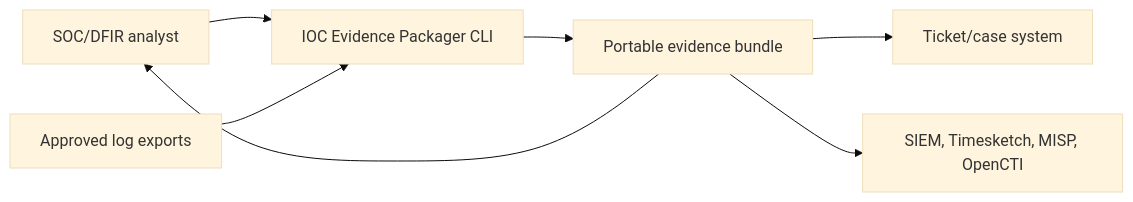
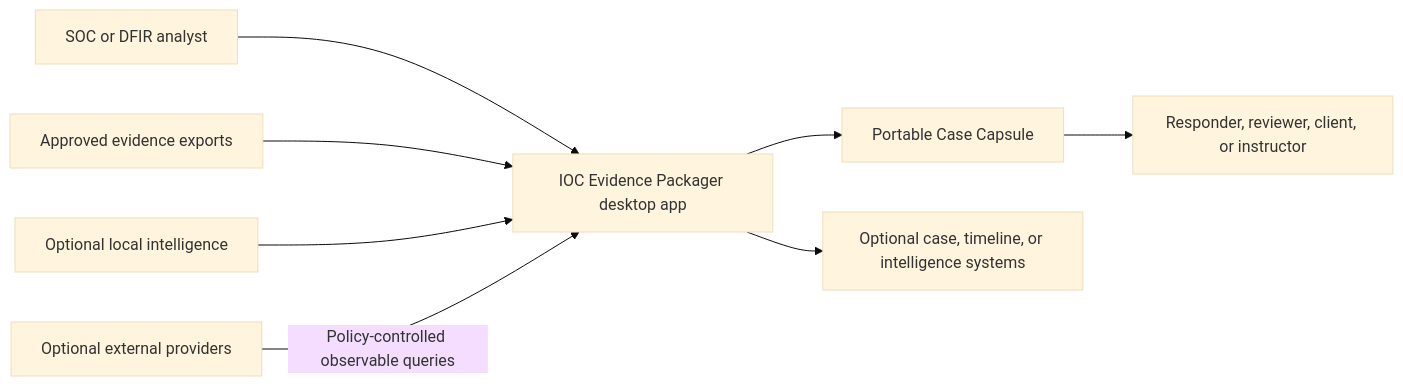
The first of 5 diagrams in docs/ARCHITECTURE.md (saltyma/ioc-evidence-packager), drawn with Mermaid (base theme) before and after one commit. The commit also changed other lines of this file and 22 other files, not shown here.

````diff
--- a/docs/ARCHITECTURE.md
+++ b/docs/ARCHITECTURE.md
@@ -9,9 +11,10 @@
 ```mermaid
 flowchart LR
-    Analyst["SOC/DFIR analyst"] --> CLI["IOC Evidence Packager CLI"]
-    Exports["Approved log exports"] --> CLI
-    CLI --> Bundle["Portable evidence bundle"]
-    Bundle --> Analyst
-    Bundle --> Ticket["Ticket/case system"]
-    Bundle --> Specialist["SIEM, Timesketch, MISP, OpenCTI"]
+    Analyst["SOC or DFIR analyst"] --> Desktop["IOC Evidence Packager desktop app"]
+    Exports["Approved evidence exports"] --> Desktop
+    LocalIntel["Optional local intelligence"] --> Desktop
+    Providers["Optional external providers"] -->|"Policy-controlled observable queries"| Desktop
+    Desktop --> Capsule["Portable Case Capsule"]
+    Desktop --> Systems["Optional case, timeline, or intelligence systems"]
+    Capsule --> Reviewer["Responder, reviewer, client, or instructor"]
 ```
````
